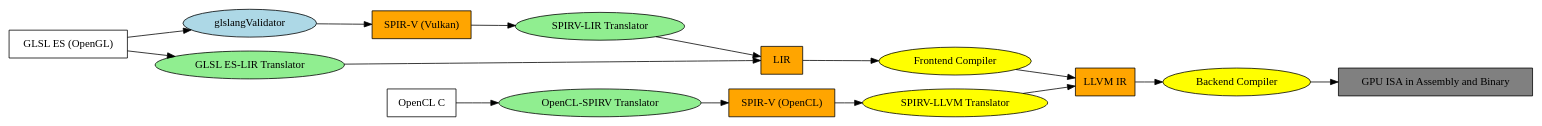
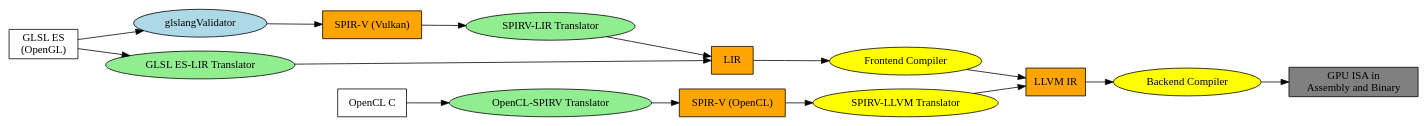
The diagram in images/Hisilicon.gv (Jonathan2251/ws), drawn with Graphviz before and after one commit. The commit also changed 5 other files, not shown here.

```diff
--- a/images/Hisilicon.gv
+++ b/images/Hisilicon.gv
@@ -1,37 +1,37 @@
 digraph ShaderToLLVMIR {
     rankdir=LR;
     node [shape=record, style=filled, color=black];
 
     // Source Languages
-    GLSL [label="GLSL ES (OpenGL)", fillcolor=white];
+    GLSL [label="GLSL ES\n (OpenGL)", fillcolor=white];
     OpenCL_C [label="OpenCL C", fillcolor=white];
 
     // Intermediate Representation
     SPIRVG [label="SPIR-V (Vulkan)", fillcolor=orange];
     SPIRVV [label="SPIR-V (OpenCL)", fillcolor=orange];
 
     LIR [label="LIR", fillcolor=orange];
 
-    GPU_ISA [label="GPU ISA in Assembly and Binary", fillcolor=grey];
+    GPU_ISA [label="GPU ISA in \nAssembly and Binary", fillcolor=grey];
 
     // LLVM IR
     LLVM_IR [label="LLVM IR", fillcolor=orange];
 
     // Tools with oval shapes
     node [shape=oval, style=filled, fillcolor=lightgreen];
     Glslang [label="glslangValidator", fillcolor=lightblue];
     CL_SPIRV [label="OpenCL-SPIRV Translator"];
     GLSL_LIR [label="GLSL ES-LIR Translator"];
     SPIRV_LIR [label="SPIRV-LIR Translator"];
 
     // Tools with oval shapes
     node [shape=oval, style=filled, fillcolor=yellow];
     LIR_LLVM [label="Frontend Compiler"];
     SPIRV_LLVM [label="SPIRV-LLVM Translator"];
     LLVMCompiler [label="Backend Compiler"];
 
     // Edges
     GLSL -> GLSL_LIR -> LIR -> LIR_LLVM -> LLVM_IR;
     GLSL -> Glslang -> SPIRVG -> SPIRV_LIR -> LIR;
     OpenCL_C -> CL_SPIRV -> SPIRVV ->  SPIRV_LLVM -> LLVM_IR -> LLVMCompiler -> GPU_ISA;
 }
```
